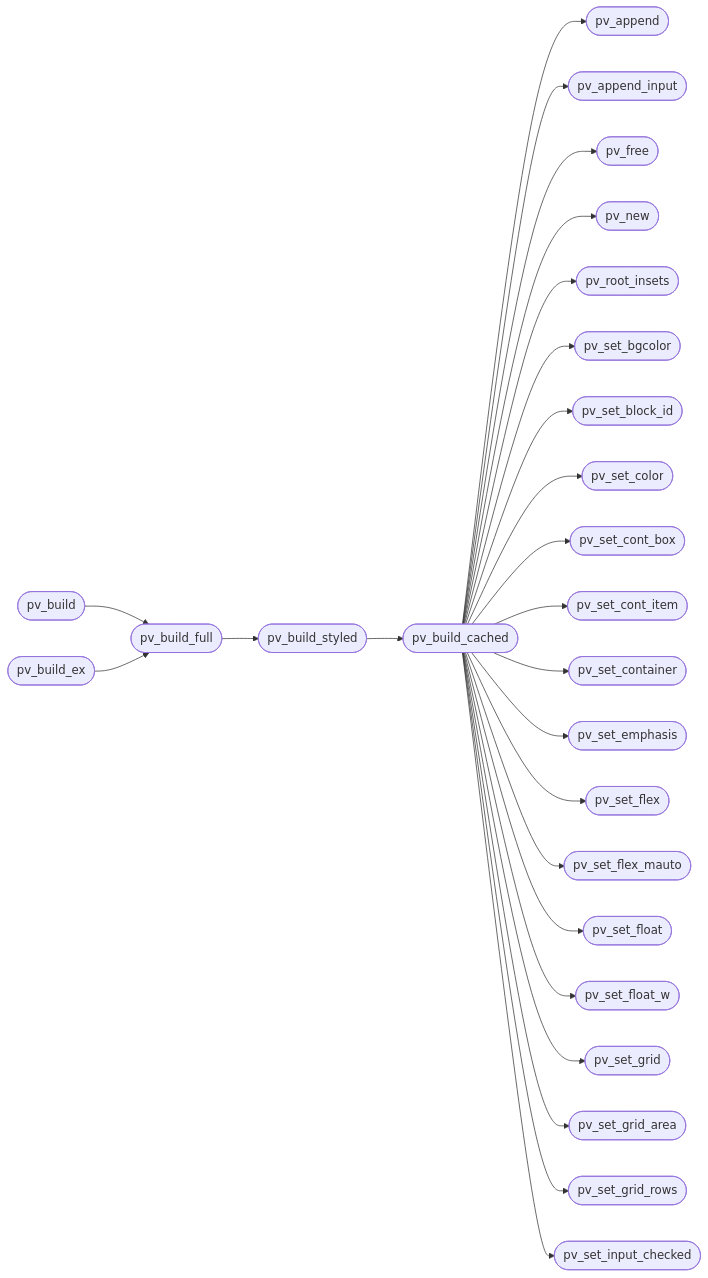
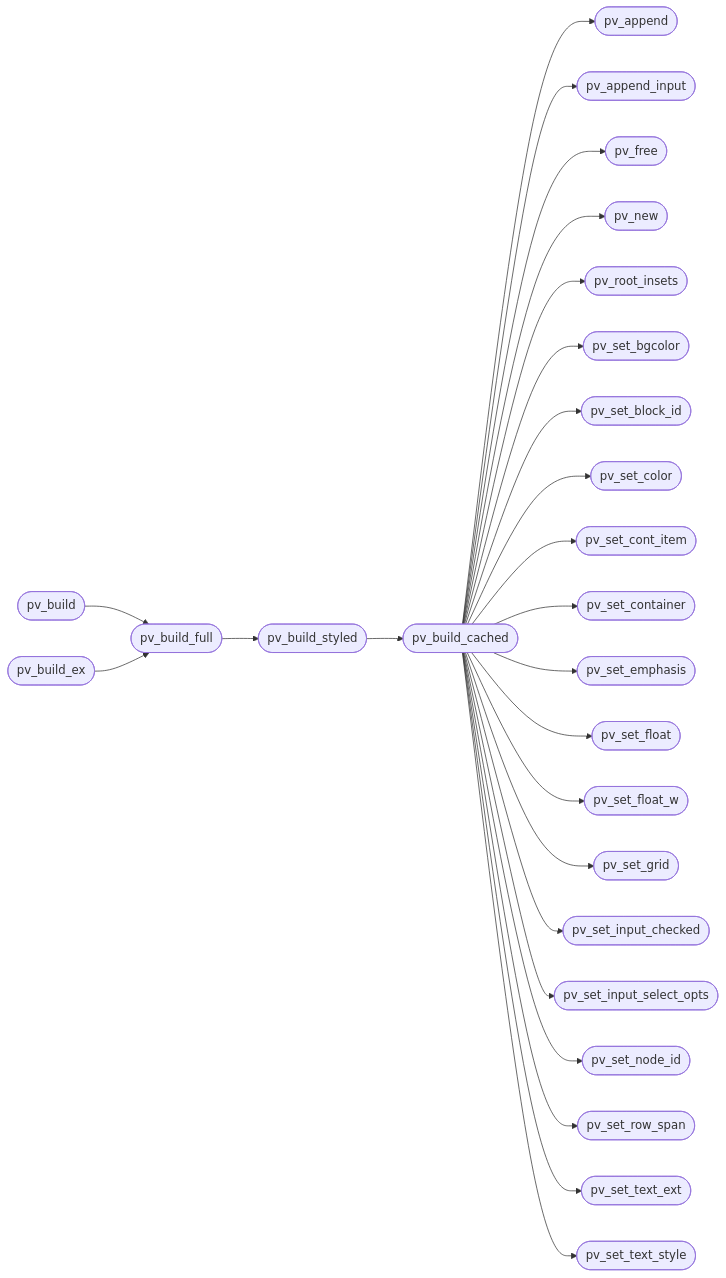
Before and after one commit to grisuno/FreeDom: the second of 2 diagrams in readmenator-apidocs/modules/src.page_view.c.md, drawn with Mermaid. The commit also changed other lines of this file and 162 other files, not shown here.

````diff
--- a/readmenator-apidocs/modules/src.page_view.c.md
+++ b/readmenator-apidocs/modules/src.page_view.c.md
@@ -68,52 +68,52 @@
 ```mermaid
 flowchart LR
     n_src_page_view_c__pv_build(["pv_build"])
     n_src_page_view_c__pv_build_full(["pv_build_full"])
     n_src_page_view_c__pv_build_ex(["pv_build_ex"])
     n_src_page_view_c__pv_build_styled(["pv_build_styled"])
     n_src_page_view_c__pv_build_cached(["pv_build_cached"])
     n_src_page_view_c__pv_append(["pv_append"])
     n_src_page_view_c__pv_append_input(["pv_append_input"])
     n_src_page_view_c__pv_free(["pv_free"])
     n_src_page_view_c__pv_new(["pv_new"])
     n_src_page_view_c__pv_root_insets(["pv_root_insets"])
     n_src_page_view_c__pv_set_bgcolor(["pv_set_bgcolor"])
     n_src_page_view_c__pv_set_block_id(["pv_set_block_id"])
     n_src_page_view_c__pv_set_color(["pv_set_color"])
-    n_src_page_view_c__pv_set_cont_box(["pv_set_cont_box"])
     n_src_page_view_c__pv_set_cont_item(["pv_set_cont_item"])
     n_src_page_view_c__pv_set_container(["pv_set_container"])
     n_src_page_view_c__pv_set_emphasis(["pv_set_emphasis"])
-    n_src_page_view_c__pv_set_flex(["pv_set_flex"])
-    n_src_page_view_c__pv_set_flex_mauto(["pv_set_flex_mauto"])
     n_src_page_view_c__pv_set_float(["pv_set_float"])
     n_src_page_view_c__pv_set_float_w(["pv_set_float_w"])
     n_src_page_view_c__pv_set_grid(["pv_set_grid"])
-    n_src_page_view_c__pv_set_grid_area(["pv_set_grid_area"])
-    n_src_page_view_c__pv_set_grid_rows(["pv_set_grid_rows"])
     n_src_page_view_c__pv_set_input_checked(["pv_set_input_checked"])
+    n_src_page_view_c__pv_set_input_select_opts(["pv_set_input_select_opts"])
+    n_src_page_view_c__pv_set_node_id(["pv_set_node_id"])
+    n_src_page_view_c__pv_set_row_span(["pv_set_row_span"])
+    n_src_page_view_c__pv_set_text_ext(["pv_set_text_ext"])
+    n_src_page_view_c__pv_set_text_style(["pv_set_text_style"])
     n_src_page_view_c__pv_build --> n_src_page_view_c__pv_build_full
     n_src_page_view_c__pv_build_ex --> n_src_page_view_c__pv_build_full
     n_src_page_view_c__pv_build_full --> n_src_page_view_c__pv_build_styled
     n_src_page_view_c__pv_build_styled --> n_src_page_view_c__pv_build_cached
     n_src_page_view_c__pv_build_cached --> n_src_page_view_c__pv_append
     n_src_page_view_c__pv_build_cached --> n_src_page_view_c__pv_append_input
     n_src_page_view_c__pv_build_cached --> n_src_page_view_c__pv_free
     n_src_page_view_c__pv_build_cached --> n_src_page_view_c__pv_new
     n_src_page_view_c__pv_build_cached --> n_src_page_view_c__pv_root_insets
     n_src_page_view_c__pv_build_cached --> n_src_page_view_c__pv_set_bgcolor
     n_src_page_view_c__pv_build_cached --> n_src_page_view_c__pv_set_block_id
     n_src_page_view_c__pv_build_cached --> n_src_page_view_c__pv_set_color
-    n_src_page_view_c__pv_build_cached --> n_src_page_view_c__pv_set_cont_box
     n_src_page_view_c__pv_build_cached --> n_src_page_view_c__pv_set_cont_item
     n_src_page_view_c__pv_build_cached --> n_src_page_view_c__pv_set_container
     n_src_page_view_c__pv_build_cached --> n_src_page_view_c__pv_set_emphasis
-    n_src_page_view_c__pv_build_cached --> n_src_page_view_c__pv_set_flex
-    n_src_page_view_c__pv_build_cached --> n_src_page_view_c__pv_set_flex_mauto
     n_src_page_view_c__pv_build_cached --> n_src_page_view_c__pv_set_float
     n_src_page_view_c__pv_build_cached --> n_src_page_view_c__pv_set_float_w
     n_src_page_view_c__pv_build_cached --> n_src_page_view_c__pv_set_grid
-    n_src_page_view_c__pv_build_cached --> n_src_page_view_c__pv_set_grid_area
-    n_src_page_view_c__pv_build_cached --> n_src_page_view_c__pv_set_grid_rows
     n_src_page_view_c__pv_build_cached --> n_src_page_view_c__pv_set_input_checked
+    n_src_page_view_c__pv_build_cached --> n_src_page_view_c__pv_set_input_select_opts
+    n_src_page_view_c__pv_build_cached --> n_src_page_view_c__pv_set_node_id
+    n_src_page_view_c__pv_build_cached --> n_src_page_view_c__pv_set_row_span
+    n_src_page_view_c__pv_build_cached --> n_src_page_view_c__pv_set_text_ext
+    n_src_page_view_c__pv_build_cached --> n_src_page_view_c__pv_set_text_style
 ```
````
